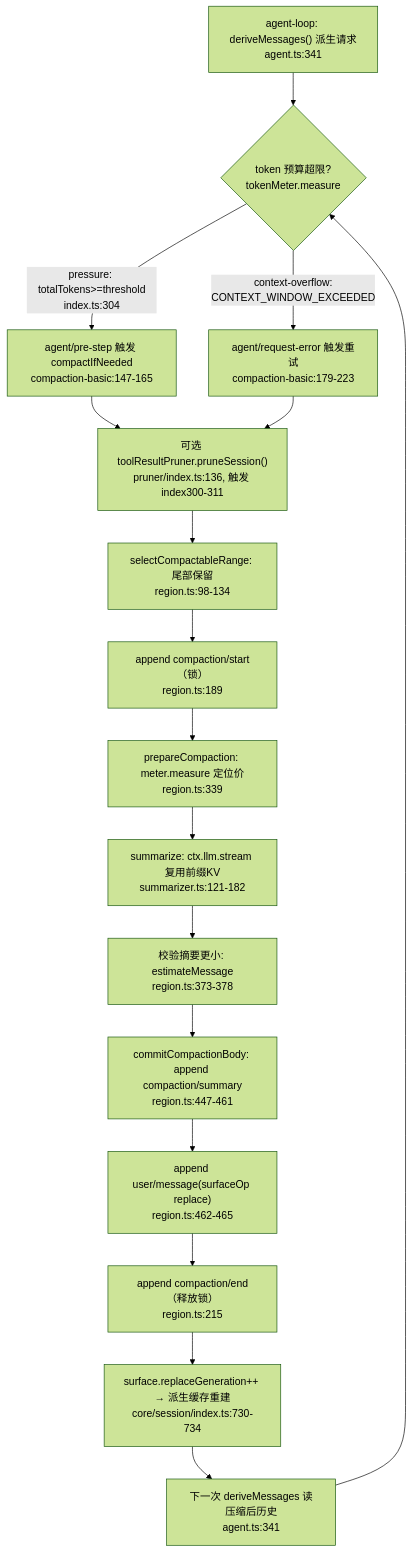
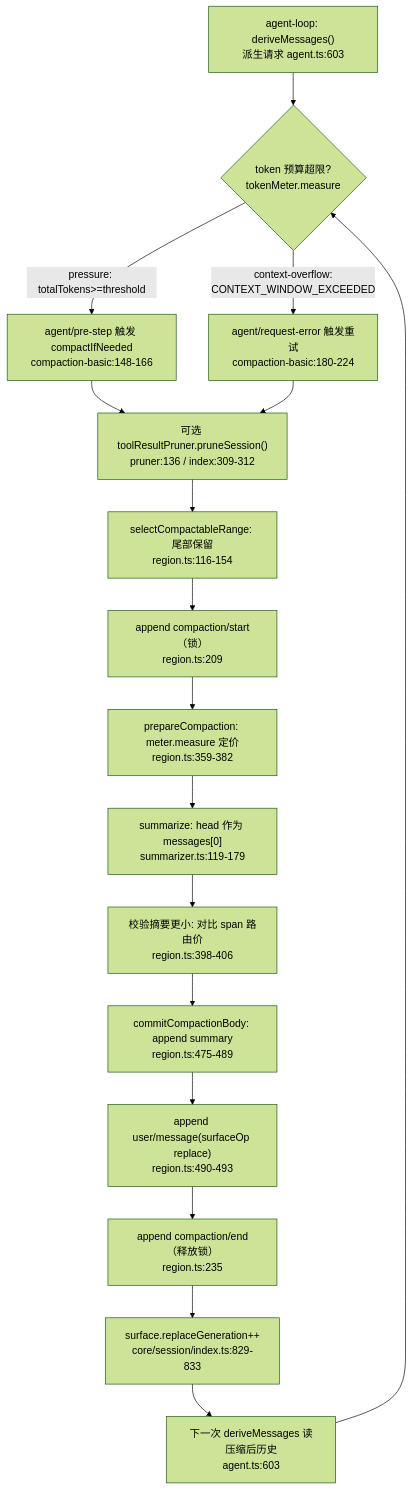
One commit to morehao/oss-insights changed the first of 2 diagrams in ai-agent/deepseek-harness/memory-compaction.md. Above: the diagram before and after it, drawn with Mermaid (forest theme). The commit also changed other lines of this file and 27 other files, not shown here.

````diff
--- a/ai-agent/deepseek-harness/memory-compaction.md
+++ b/ai-agent/deepseek-harness/memory-compaction.md
@@ -85,19 +176,19 @@
 ```mermaid
 flowchart TB
-  A["agent-loop: deriveMessages() 派生请求\nagent.ts:341"] --> B{"token 预算超限?<br>tokenMeter.measure"}
-  B -- "pressure: totalTokens>=threshold<br>index.ts:304" --> C["agent/pre-step 触发 compactIfNeeded\ncompaction-basic:147-165"]
-  B -- "context-overflow:<br>CONTEXT_WINDOW_EXCEEDED" --> C2["agent/request-error 触发重试\ncompaction-basic:179-223"]
-  C --> D["可选 toolResultPruner.pruneSession()\npruner/index.ts:136, 触发 index300-311"]
+  A["agent-loop: deriveMessages()<br>派生请求 agent.ts:603"] --> B{"token 预算超限?<br>tokenMeter.measure"}
+  B -- "pressure: totalTokens>=threshold" --> C["agent/pre-step 触发 compactIfNeeded<br>compaction-basic:148-166"]
+  B -- "context-overflow:<br>CONTEXT_WINDOW_EXCEEDED" --> C2["agent/request-error 触发重试<br>compaction-basic:180-224"]
+  C --> D["可选 toolResultPruner.pruneSession()<br>pruner:136 / index:309-312"]
   C2 --> D
-  D --> E["selectCompactableRange: 尾部保留\nregion.ts:98-134"]
-  E --> F["append compaction/start（锁）\nregion.ts:189"]
-  F --> G["prepareCompaction: meter.measure 定位价\nregion.ts:339"]
-  G --> H["summarize: ctx.llm.stream 复用前缀KV\nsummarizer.ts:121-182"]
-  H --> I["校验摘要更小: estimateMessage\nregion.ts:373-378"]
-  I --> J["commitCompactionBody: append compaction/summary\nregion.ts:447-461"]
-  J --> K["append user/message(surfaceOp replace)\nregion.ts:462-465"]
-  K --> L["append compaction/end（释放锁）\nregion.ts:215"]
-  L --> M["surface.replaceGeneration++ → 派生缓存重建\ncore/session/index.ts:730-734"]
-  M --> N["下一次 deriveMessages 读压缩后历史\nagent.ts:341"]
+  D --> E["selectCompactableRange: 尾部保留<br>region.ts:116-154"]
+  E --> F["append compaction/start（锁）<br>region.ts:209"]
+  F --> G["prepareCompaction: meter.measure 定价<br>region.ts:359-382"]
+  G --> H["summarize: head 作为 messages[0]<br>summarizer.ts:119-179"]
+  H --> I["校验摘要更小: 对比 span 路由价<br>region.ts:398-406"]
+  I --> J["commitCompactionBody: append summary<br>region.ts:475-489"]
+  J --> K["append user/message(surfaceOp replace)<br>region.ts:490-493"]
+  K --> L["append compaction/end（释放锁）<br>region.ts:235"]
+  L --> M["surface.replaceGeneration++<br>core/session/index.ts:829-833"]
+  M --> N["下一次 deriveMessages 读压缩后历史<br>agent.ts:603"]
   N --> B
 ```
````
